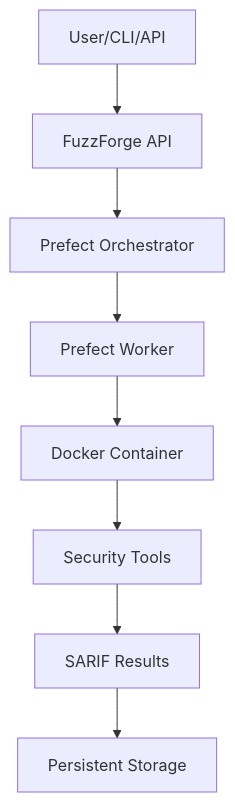
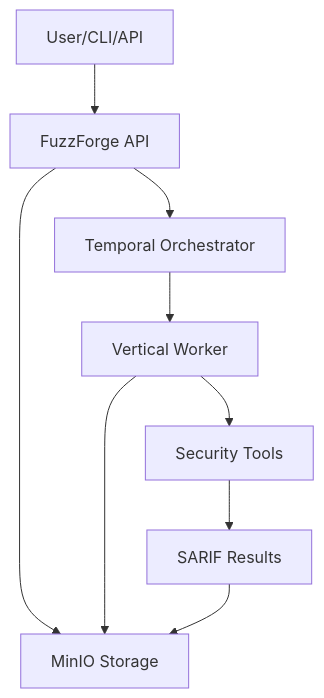
The diagram in docs/docs/concept/workflow.md (FuzzingLabs/fuzzforge_ai), drawn with Mermaid before and after one commit. The commit also changed other lines of this file and 20 other files, not shown here.

````diff
--- a/docs/docs/concept/workflow.md
+++ b/docs/docs/concept/workflow.md
@@ -25,10 +25,11 @@
 ```mermaid
 graph TB
     User[User/CLI/API] --> API[FuzzForge API]
-    API --> Prefect[Prefect Orchestrator]
-    Prefect --> Worker[Prefect Worker]
-    Worker --> Container[Docker Container]
-    Container --> Tools[Security Tools]
+    API --> MinIO[MinIO Storage]
+    API --> Temporal[Temporal Orchestrator]
+    Temporal --> Worker[Vertical Worker]
+    Worker --> MinIO
+    Worker --> Tools[Security Tools]
     Tools --> Results[SARIF Results]
-    Results --> Storage[Persistent Storage]
+    Results --> MinIO
 ```
````
